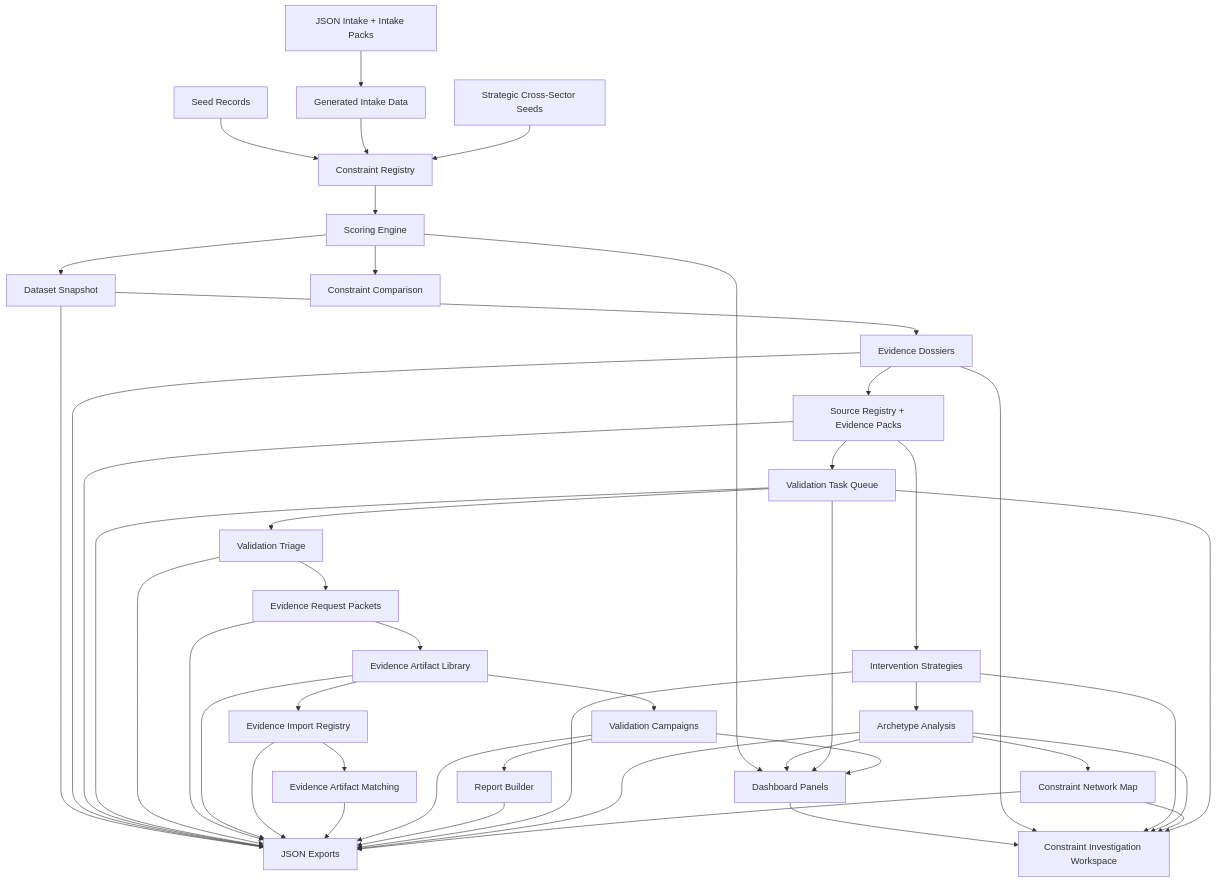
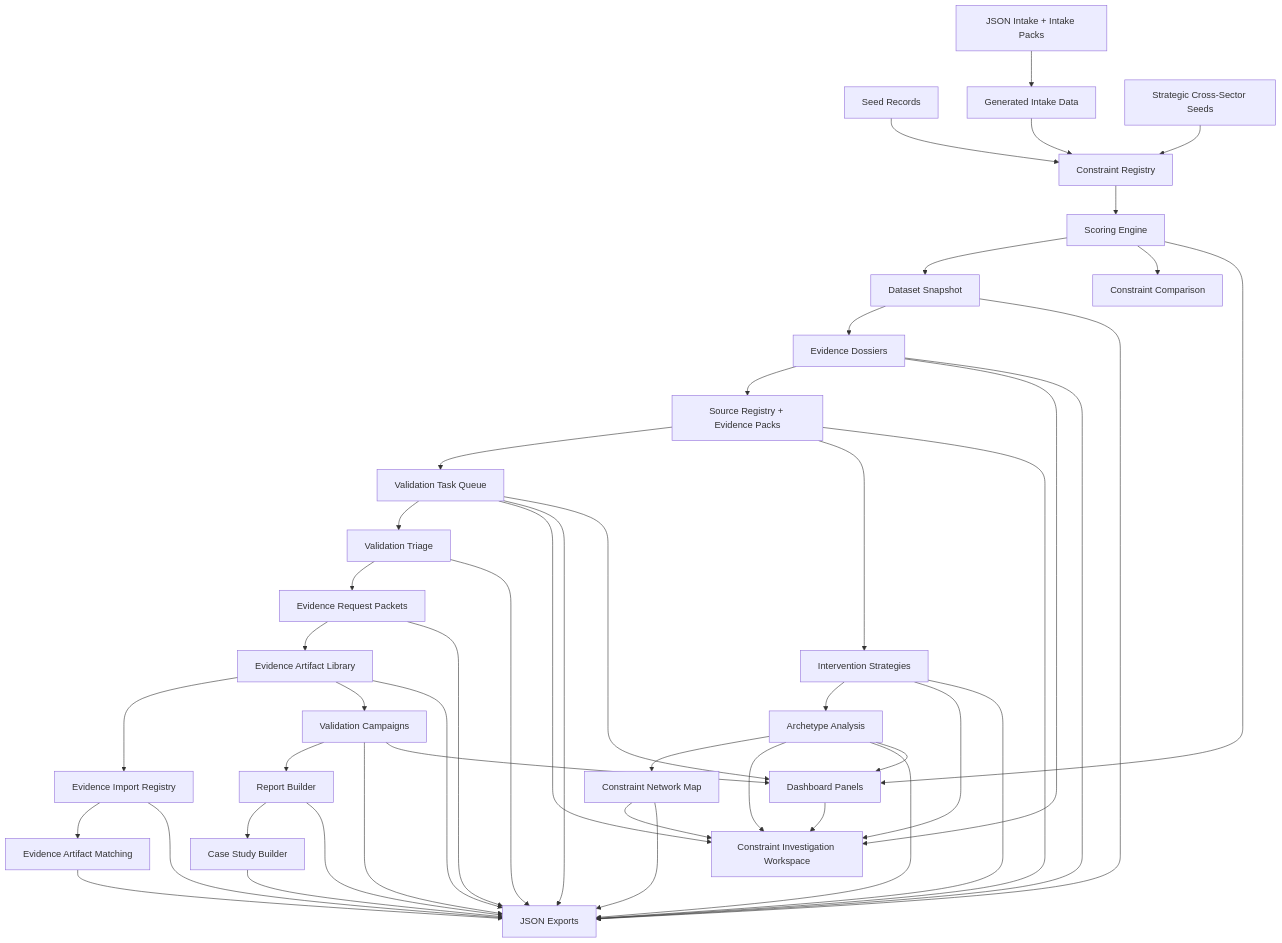
One commit to EtherTabu/economic-x-ray-vision changed the second of 2 diagrams in README.md. Above: the diagram before and after it, drawn with Mermaid. The commit also changed other lines of this file and 12 other files, not shown here.

Commit message:
Add case study evidence request pack

````diff
--- a/README.md
+++ b/README.md
@@ -165,47 +170,49 @@
 ```mermaid
 flowchart TD
   A["Seed Records"] --> C["Constraint Registry"]
   B["JSON Intake + Intake Packs"] --> D["Generated Intake Data"]
   D --> C
   E["Strategic Cross-Sector Seeds"] --> C
   C --> F["Scoring Engine"]
   F --> G["Dataset Snapshot"]
   G --> H["Evidence Dossiers"]
   H --> O["Source Registry + Evidence Packs"]
   O --> P["Validation Task Queue"]
   P --> Q["Validation Triage"]
   Q --> R["Evidence Request Packets"]
   R --> U["Evidence Artifact Library"]
   U --> V["Evidence Import Registry"]
   V --> W["Evidence Artifact Matching"]
   U --> S["Validation Campaigns"]
   S --> X["Report Builder"]
+  X --> Y["Case Study Builder"]
   O --> I["Intervention Strategies"]
   I --> J["Archetype Analysis"]
   J --> N["Constraint Network Map"]
   F --> T["Constraint Comparison"]
   F --> K["Dashboard Panels"]
   K --> M["Constraint Investigation Workspace"]
   H --> M
   I --> M
   J --> M
   N --> M
   P --> M
   G --> L["JSON Exports"]
   H --> L
   O --> L
   P --> L
   Q --> L
   R --> L
   U --> L
   V --> L
   W --> L
   S --> L
   X --> L
+  Y --> L
   I --> L
   J --> L
   N --> L
   J --> K
   P --> K
   S --> K
 ```
````
